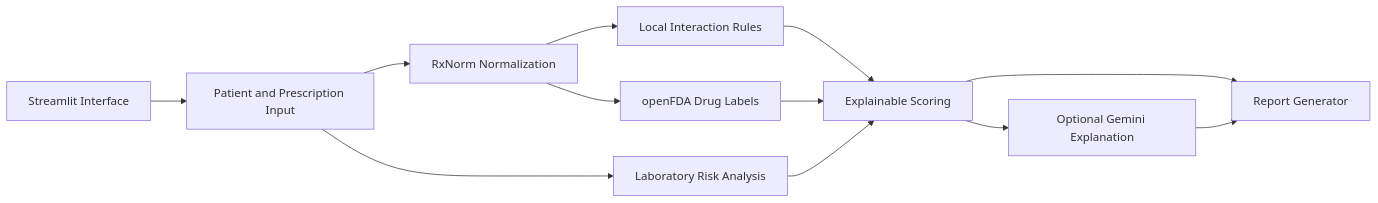
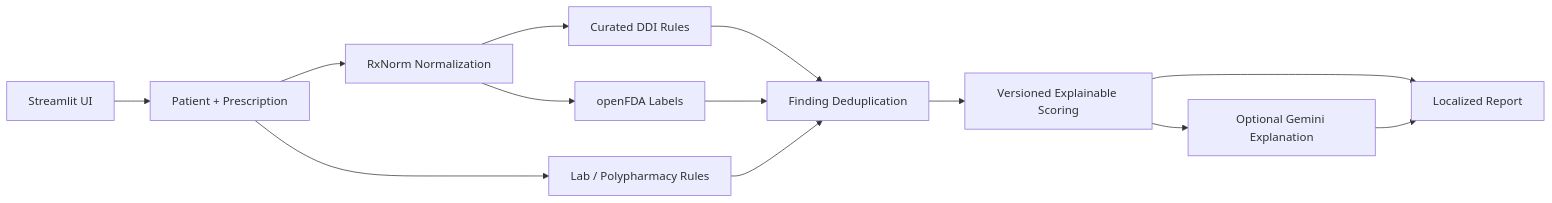
One commit to KurKigal/PolyPharm-AI changed the diagram in README.md. Above: the diagram before and after it, drawn with Mermaid. The commit also changed other lines of this file and 9 other files, not shown here.

````diff
--- a/README.md
+++ b/README.md
@@ -62,24 +78,26 @@
 ```mermaid
 flowchart LR
-    UI[Streamlit Interface]
-    INPUT[Patient and Prescription Input]
+    UI[Streamlit UI]
+    INPUT[Patient + Prescription]
     RX[RxNorm Normalization]
-    RULES[Local Interaction Rules]
-    LAB[Laboratory Risk Analysis]
-    FDA[openFDA Drug Labels]
-    SCORE[Explainable Scoring]
-    REPORT[Report Generator]
+    LOCAL[Curated DDI Rules]
+    LAB[Lab / Polypharmacy Rules]
+    FDA[openFDA Labels]
+    DEDUPE[Finding Deduplication]
+    SCORE[Versioned Explainable Scoring]
+    REPORT[Localized Report]
     LLM[Optional Gemini Explanation]
 
     UI --> INPUT
     INPUT --> RX
-    RX --> RULES
+    RX --> LOCAL
     INPUT --> LAB
     RX --> FDA
-    RULES --> SCORE
-    LAB --> SCORE
-    FDA --> SCORE
+    LOCAL --> DEDUPE
+    LAB --> DEDUPE
+    FDA --> DEDUPE
+    DEDUPE --> SCORE
     SCORE --> REPORT
     SCORE --> LLM
     LLM --> REPORT
 ```
````
